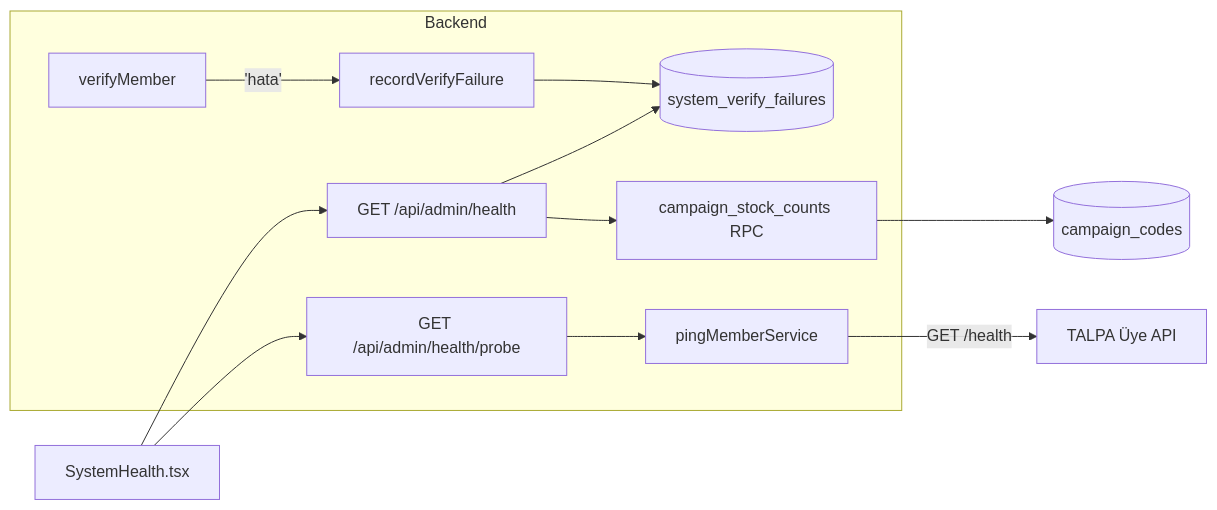
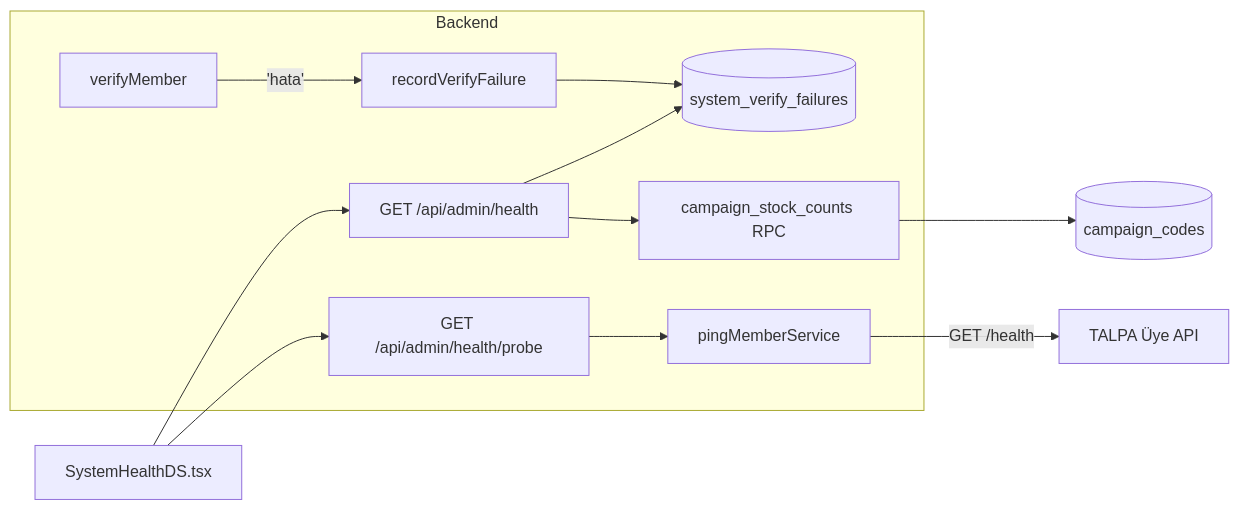
Before and after one commit to eyildirim82/talpa-giyim: the third of 3 diagrams in wiki/reference/architecture.md, drawn with Mermaid. The commit also changed other lines of this file and 8 other files, not shown here.

````diff
--- a/wiki/reference/architecture.md
+++ b/wiki/reference/architecture.md
@@ -170,14 +173,14 @@
 ```mermaid
 graph LR
     subgraph Backend
         Verify[verifyMember] -- 'hata' --> Rec[recordVerifyFailure]
         Rec --> SVF[(system_verify_failures)]
         Health[GET /api/admin/health] --> SVF
         Health --> SC[campaign_stock_counts RPC]
         Probe[GET /api/admin/health/probe] --> Ping[pingMemberService]
     end
     Ping -- GET /health --> MemberAPI[TALPA Üye API]
     SC --> Codes[(campaign_codes)]
-    Panel[SystemHealth.tsx] --> Health
+    Panel[SystemHealthDS.tsx] --> Health
     Panel --> Probe
 ```
````
